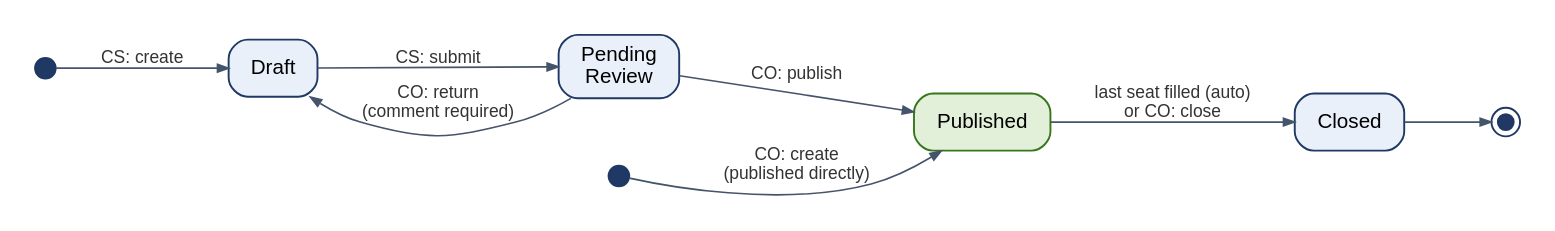
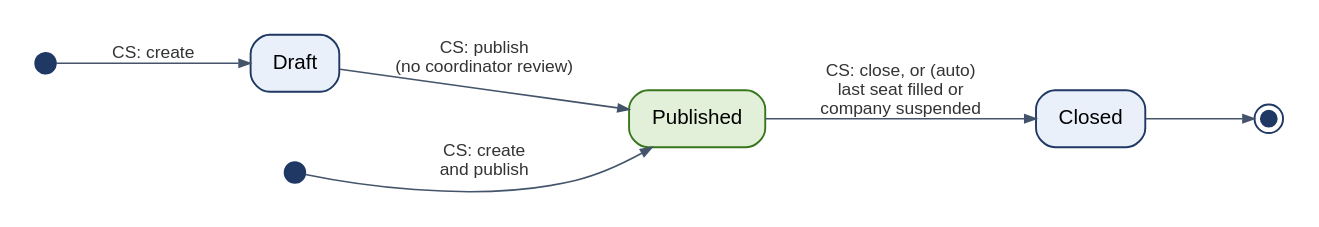
Before and after one commit to Salam-ALsaour/InternSync: the diagram in docs/InternSync_Diagrams/source/04c_vacancy_states.dot, drawn with Graphviz. The commit also changed 83 other files, not shown here.

```diff
--- a/docs/InternSync_Diagrams/source/04c_vacancy_states.dot
+++ b/docs/InternSync_Diagrams/source/04c_vacancy_states.dot
@@ -1,20 +1,17 @@
 digraph V {
-  graph [rankdir=LR, fontname="Liberation Sans", nodesep=0.55, ranksep=0.75, bgcolor="white", pad=0.2];
+  graph [rankdir=LR, fontname="Liberation Sans", nodesep=0.55, ranksep=0.95, bgcolor="white", pad=0.2];
   node  [fontname="Liberation Sans", fontsize=13, shape=box, style="rounded,filled", fillcolor="#EAF0FA", color="#1F3864", penwidth=1.2, margin="0.18,0.08"];
   edge  [fontname="Liberation Sans", fontsize=11, color="#44546A", fontcolor="#333333", arrowsize=0.7];
   start [shape=circle, label="", width=0.18, style=filled, fillcolor="#1F3864"];
   start2 [shape=circle, label="", width=0.18, style=filled, fillcolor="#1F3864"];
   endC  [shape=doublecircle, label="", width=0.14, style=filled, fillcolor="#1F3864"];
   D  [label="Draft"];
-  PR [label="Pending\nReview"];
   P  [label="Published", fillcolor="#E2F0D9", color="#38761D"];
   C  [label="Closed"];
   start -> D [label=" CS: create"];
-  D -> PR [label=" CS: submit"];
-  PR -> D [label=" CO: return\n (comment required)"];
-  PR -> P [label=" CO: publish"];
-  start2 -> P [label=" CO: create\n (published directly)"];
-  P -> C [label=" last seat filled (auto)\n or CO: close"];
+  D -> P [label=" CS: publish\n (no coordinator review)"];
+  start2 -> P [label=" CS: create\n and publish"];
+  P -> C [label=" CS: close, or (auto)\n last seat filled or\n company suspended"];
   C -> endC;
-  { rank=same; start2; PR; }
+  { rank=same; start2; D; }
 }
```
